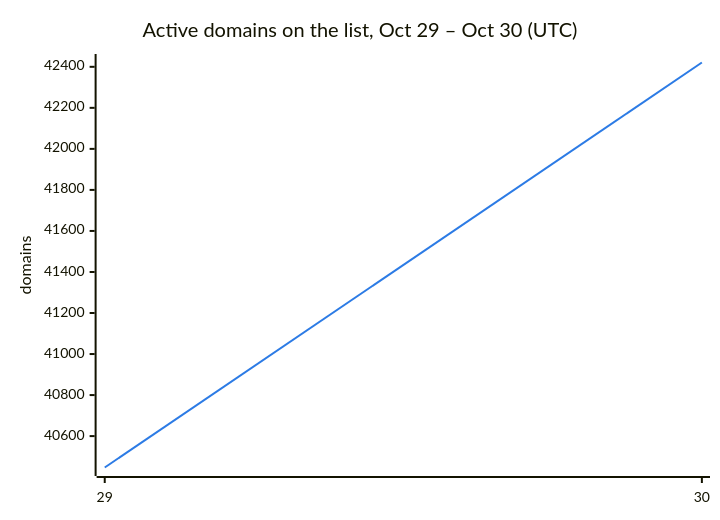
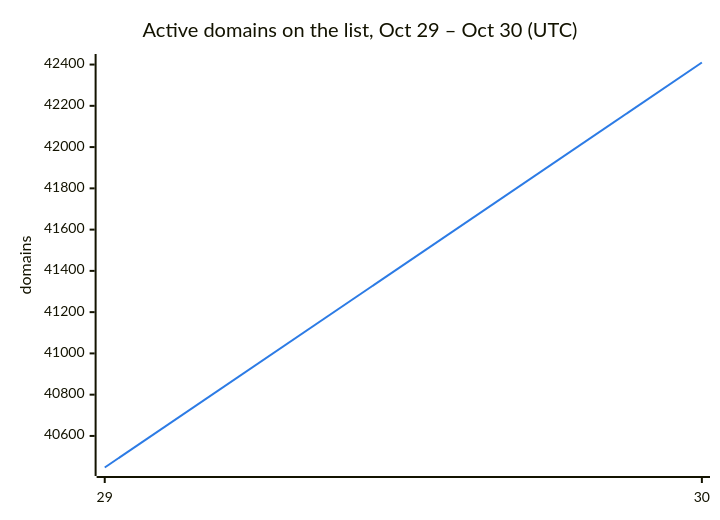
Before and after one commit to DNSBunker/CTI: the second of 3 diagrams in README.md, drawn with Mermaid. The commit also changed other lines of this file and 3 other files, not shown here.

````diff
--- a/README.md
+++ b/README.md
@@ -38,8 +38,8 @@
 ```mermaid
 %%{init: {"themeVariables": {"xyChart": {"plotColorPalette": "#2c7be5"}}}}%%
 xychart-beta
     title "Active domains on the list, Oct 29 – Oct 30 (UTC)"
     x-axis ["29", "30"]
     y-axis "domains"
-    line [40447, 42421]
+    line [40447, 42410]
 ```
````
